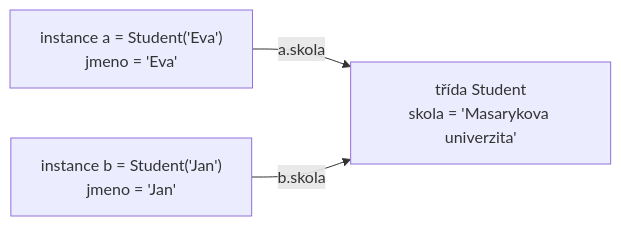
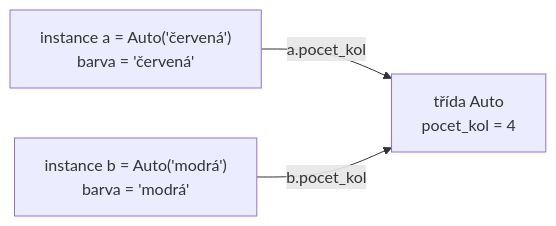
One commit to BPC-UIM/doplnkove-materialy changed the first of 2 diagrams in 01-psani-kodu/zaklady-oop.md. Above: the diagram before and after it, drawn with Mermaid. The commit also changed other lines of this file and 2 other files, not shown here.

````diff
--- a/01-psani-kodu/zaklady-oop.md
+++ b/01-psani-kodu/zaklady-oop.md
@@ -60,8 +68,8 @@
 ```mermaid
 flowchart LR
-    A["instance a = Student('Eva')<br/>jmeno = 'Eva'"]
-    B["instance b = Student('Jan')<br/>jmeno = 'Jan'"]
-    T["třída Student<br/>skola = 'Masarykova univerzita'"]
-    A -- "a.skola" --> T
-    B -- "b.skola" --> T
+    A["instance a = Auto('červená')<br/>barva = 'červená'"]
+    B["instance b = Auto('modrá')<br/>barva = 'modrá'"]
+    T["třída Auto<br/>pocet_kol = 4"]
+    A -- "a.pocet_kol" --> T
+    B -- "b.pocet_kol" --> T
 ```
````
